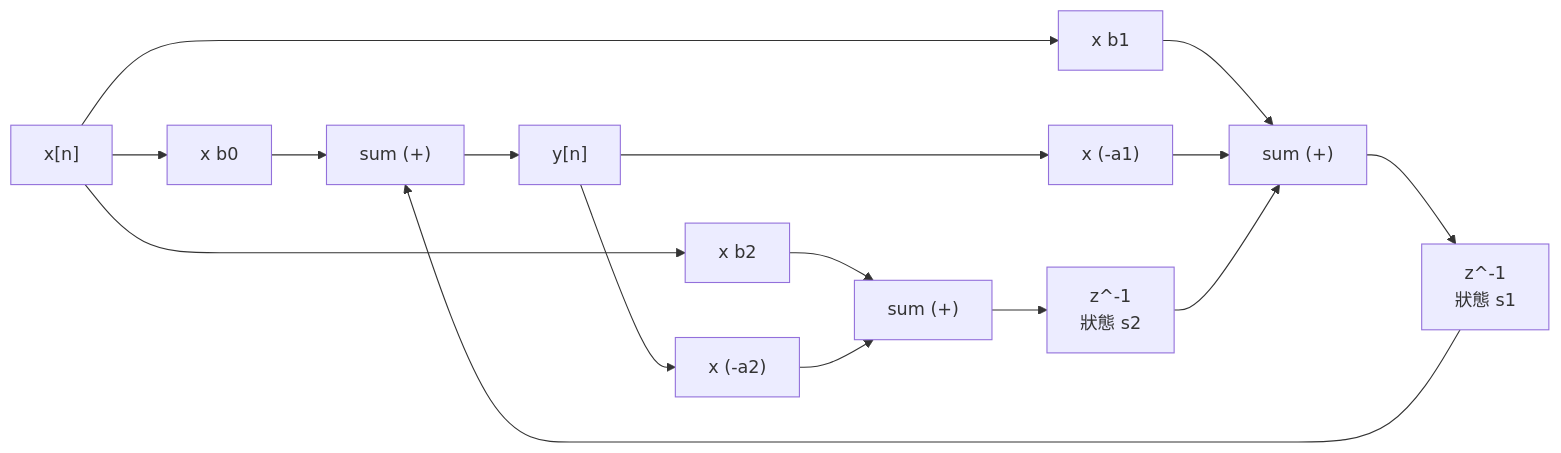
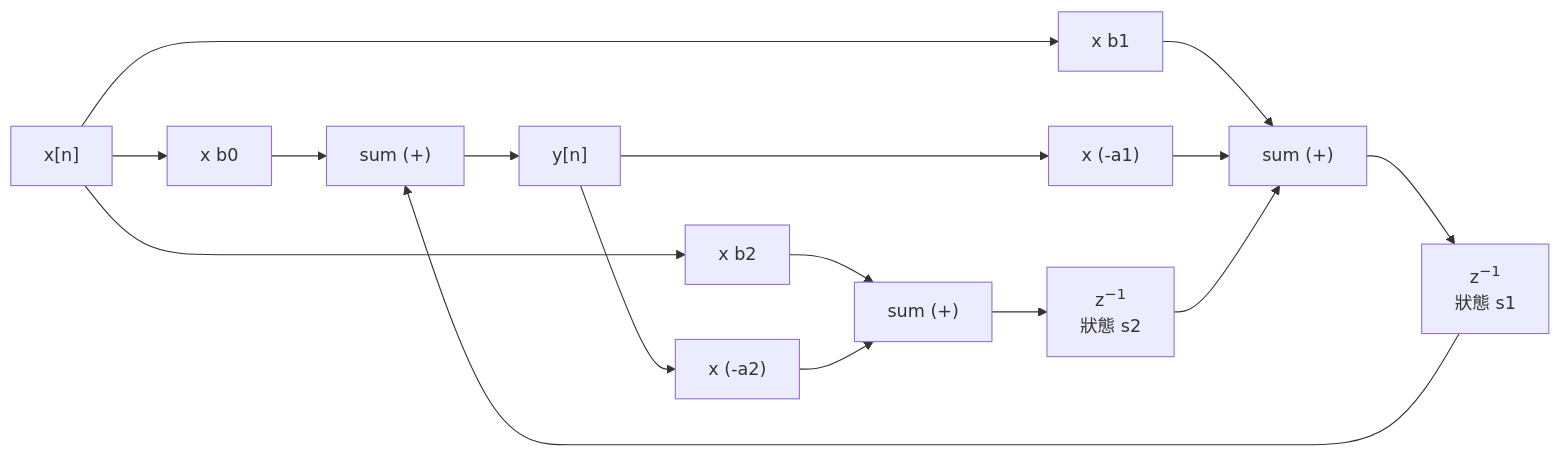
The fourth of 4 diagrams in lessons/02-filter/README.zh-TW.md (TomHsieh300/DAW-for-fun), drawn with Mermaid before and after one commit. The commit also changed other lines of this file and 19 other files, not shown here.

First line of the commit message:
lessons: typeset subscripts and superscripts in Mermaid labels

````diff
--- a/lessons/02-filter/README.zh-TW.md
+++ b/lessons/02-filter/README.zh-TW.md
@@ -567,18 +567,18 @@
 ```mermaid
 flowchart LR
     X["x[n]"] --> B0["x b0"]
     X --> B1["x b1"]
     X --> B2["x b2"]
     B0 --> S0["sum (+)"]
-    Z1["z^-1<br/>狀態 s1"] --> S0
+    Z1["z<sup>−1</sup><br/>狀態 s1"] --> S0
     S0 --> Y["y[n]"]
     Y --> A1["x (-a1)"]
     Y --> A2["x (-a2)"]
     B1 --> S1["sum (+)"]
     A1 --> S1
-    Z2["z^-1<br/>狀態 s2"] --> S1
+    Z2["z<sup>−1</sup><br/>狀態 s2"] --> S1
     S1 --> Z1
     B2 --> S2["sum (+)"]
     A2 --> S2
     S2 --> Z2
 ```
````
